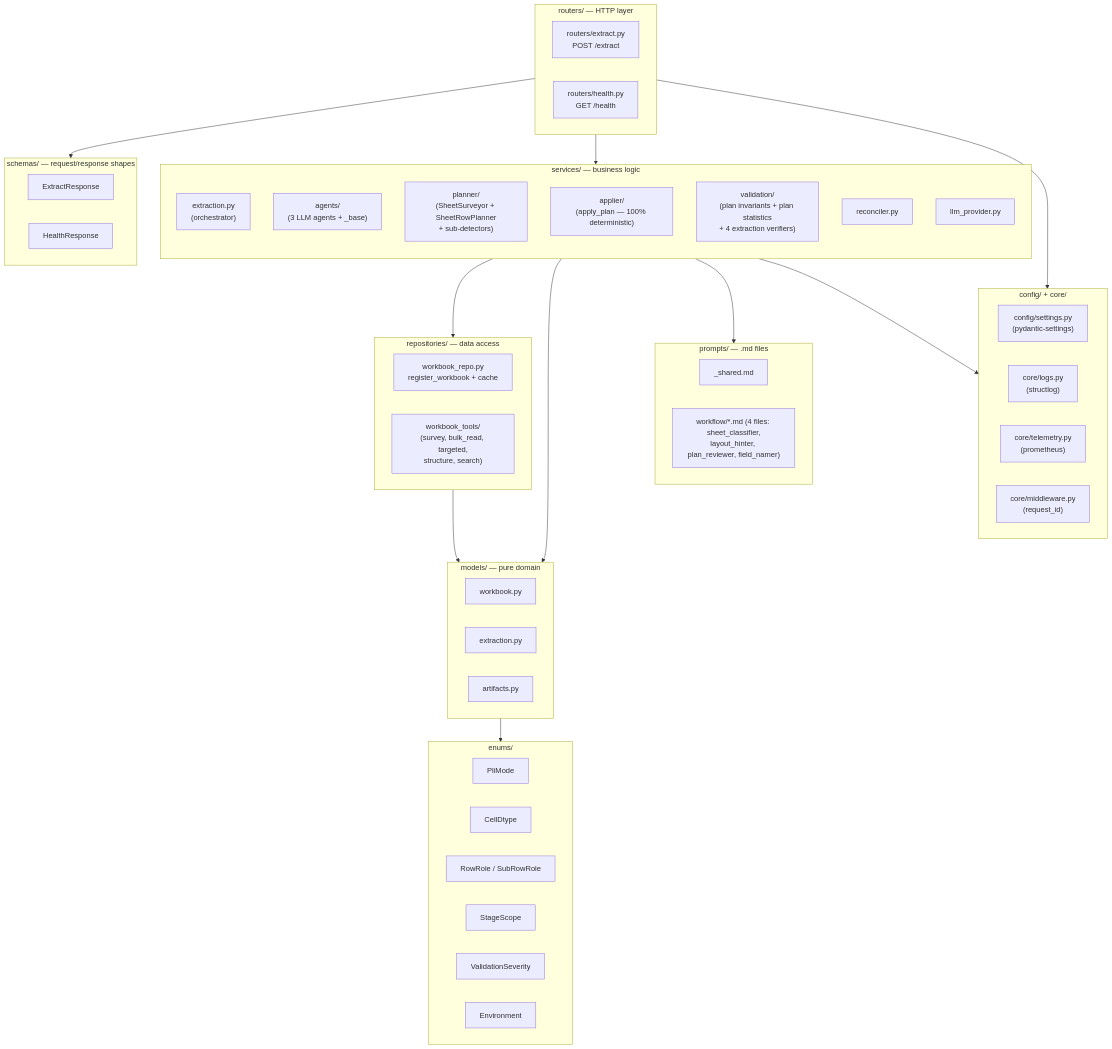
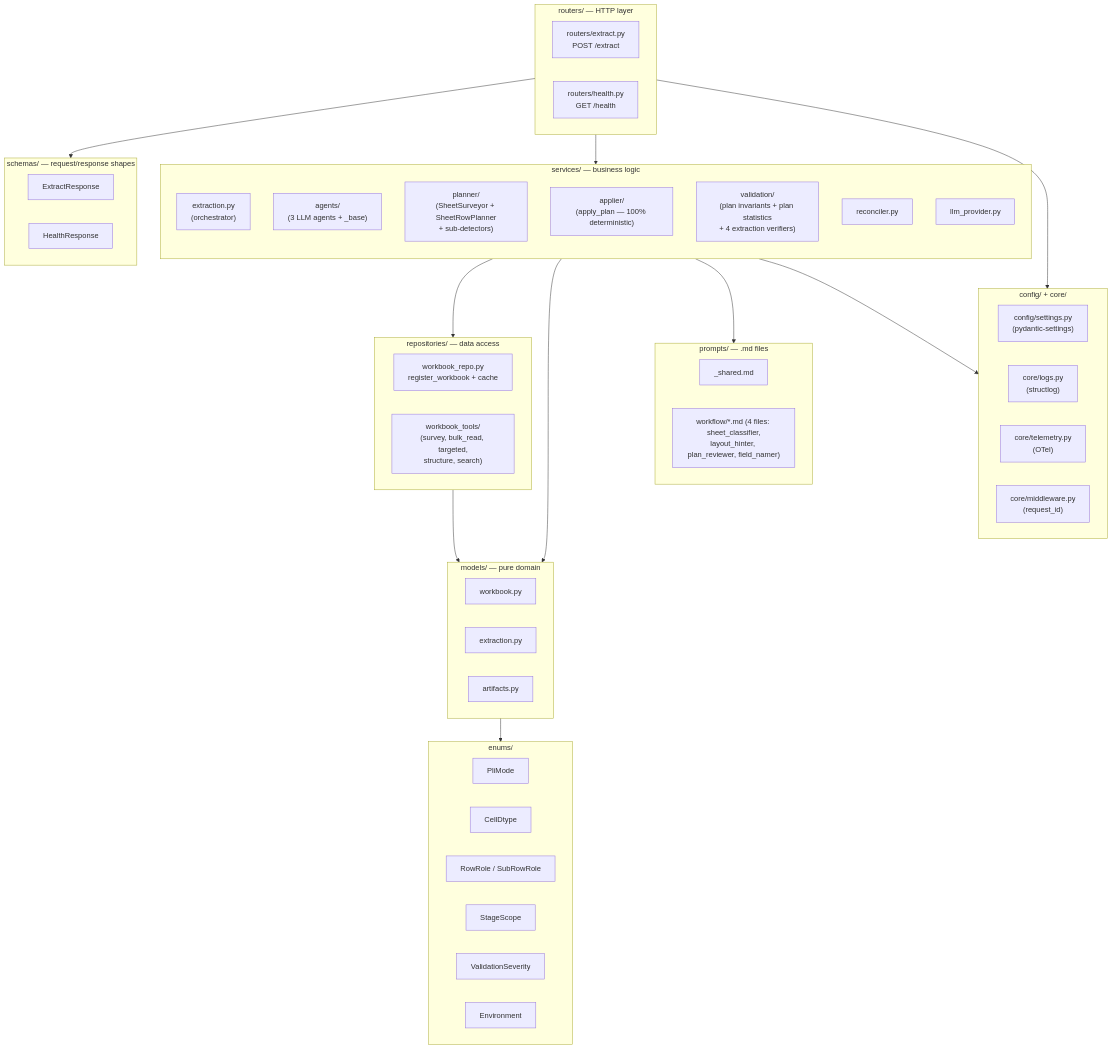
The first of 9 diagrams in ARCHITECTURE.md (DAITA-Labs/tna-service), drawn with Mermaid before and after one commit. The commit also changed other lines of this file and 3 other files, not shown here.

First line of the commit message:
docs(observability): update README, ARCHITECTURE, SPEC for SigNoz

````diff
--- a/ARCHITECTURE.md
+++ b/ARCHITECTURE.md
@@ -63,65 +63,65 @@
 ```mermaid
 flowchart TB
     subgraph HTTP["routers/ — HTTP layer"]
       H1["routers/extract.py<br/>POST /extract"]
       H2["routers/health.py<br/>GET /health"]
     end
 
     subgraph SCH["schemas/ — request/response shapes"]
       S1["ExtractResponse"]
       S2["HealthResponse"]
     end
 
     subgraph SVC["services/ — business logic"]
       direction TB
       O["extraction.py<br/>(orchestrator)"]
       AG["agents/<br/>(3 LLM agents + _base)"]
       PL["planner/<br/>(SheetSurveyor + SheetRowPlanner<br/>+ sub-detectors)"]
       AP["applier/<br/>(apply_plan — 100% deterministic)"]
       VL["validation/<br/>(plan invariants + plan statistics<br/>+ 4 extraction verifiers)"]
       RC["reconciler.py"]
       LL["llm_provider.py"]
     end
 
     subgraph REPO["repositories/ — data access"]
       R1["workbook_repo.py<br/>register_workbook + cache"]
       R2["workbook_tools/<br/>(survey, bulk_read, targeted,<br/>structure, search)"]
     end
 
     subgraph MODELS["models/ — pure domain"]
       M1["workbook.py"]
       M2["extraction.py"]
       M3["artifacts.py"]
     end
 
     subgraph EN["enums/"]
       E1["PliMode"]
       E2["CellDtype"]
       E3["RowRole / SubRowRole"]
       E4["StageScope"]
       E5["ValidationSeverity"]
       E6["Environment"]
     end
 
     subgraph CFG["config/ + core/"]
       C1["config/settings.py<br/>(pydantic-settings)"]
       C2["core/logs.py<br/>(structlog)"]
-      C3["core/telemetry.py<br/>(prometheus)"]
+      C3["core/telemetry.py<br/>(OTel)"]
       C4["core/middleware.py<br/>(request_id)"]
     end
 
     subgraph PROMPTS["prompts/ — .md files"]
       P1["_shared.md"]
       P2["workflow/*.md (4 files: sheet_classifier,<br/>layout_hinter, plan_reviewer, field_namer)"]
     end
 
     HTTP --> SCH
     HTTP --> SVC
     SVC --> REPO
     SVC --> MODELS
     SVC --> PROMPTS
     REPO --> MODELS
     MODELS --> EN
     SVC --> CFG
     HTTP --> CFG
 ```
````
